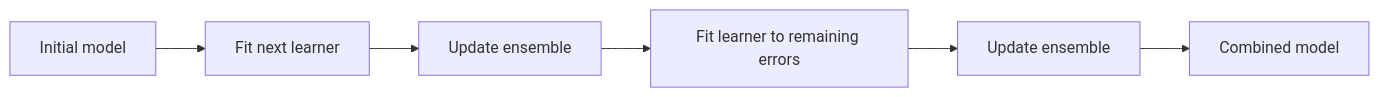
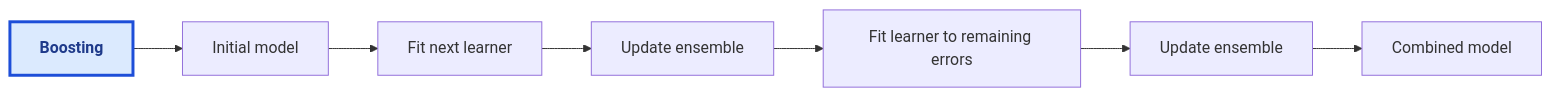
Before and after one commit to ilwon-seo/terms: the diagram in B/Boosting.md, drawn with Mermaid. The commit also changed 18 other files, not shown here.

Commit message:
Standardize current-term Mermaid styling

````diff
--- a/B/Boosting.md
+++ b/B/Boosting.md
@@ -26,8 +26,11 @@
 ```mermaid
 flowchart LR
-    Init[Initial model] --> Add1[Fit next learner]
+    Boost["Boosting"] --> Init[Initial model]
+    Init --> Add1[Fit next learner]
     Add1 --> Update1[Update ensemble]
     Update1 --> Add2[Fit learner to remaining errors]
     Add2 --> Update2[Update ensemble]
     Update2 --> Final[Combined model]
+    classDef currentTerm fill:#dbeafe,stroke:#1d4ed8,stroke-width:3px,color:#1e3a8a,font-weight:bold
+    class Boost currentTerm
 ```
````
